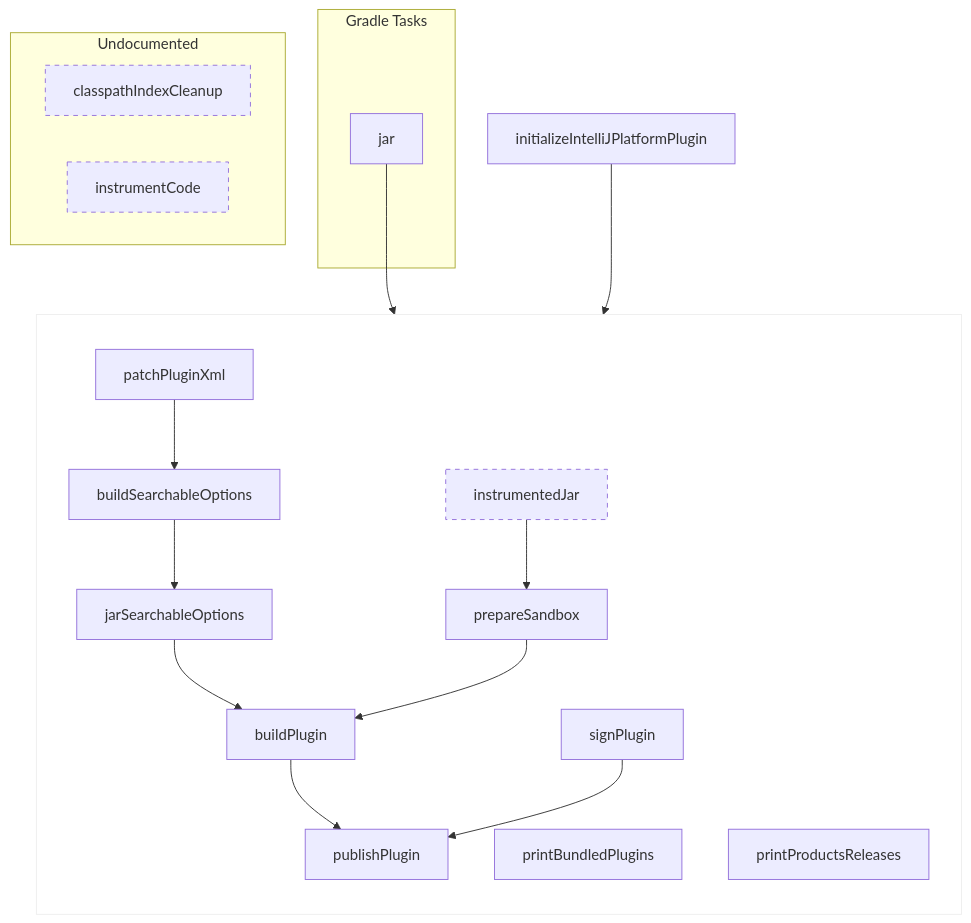
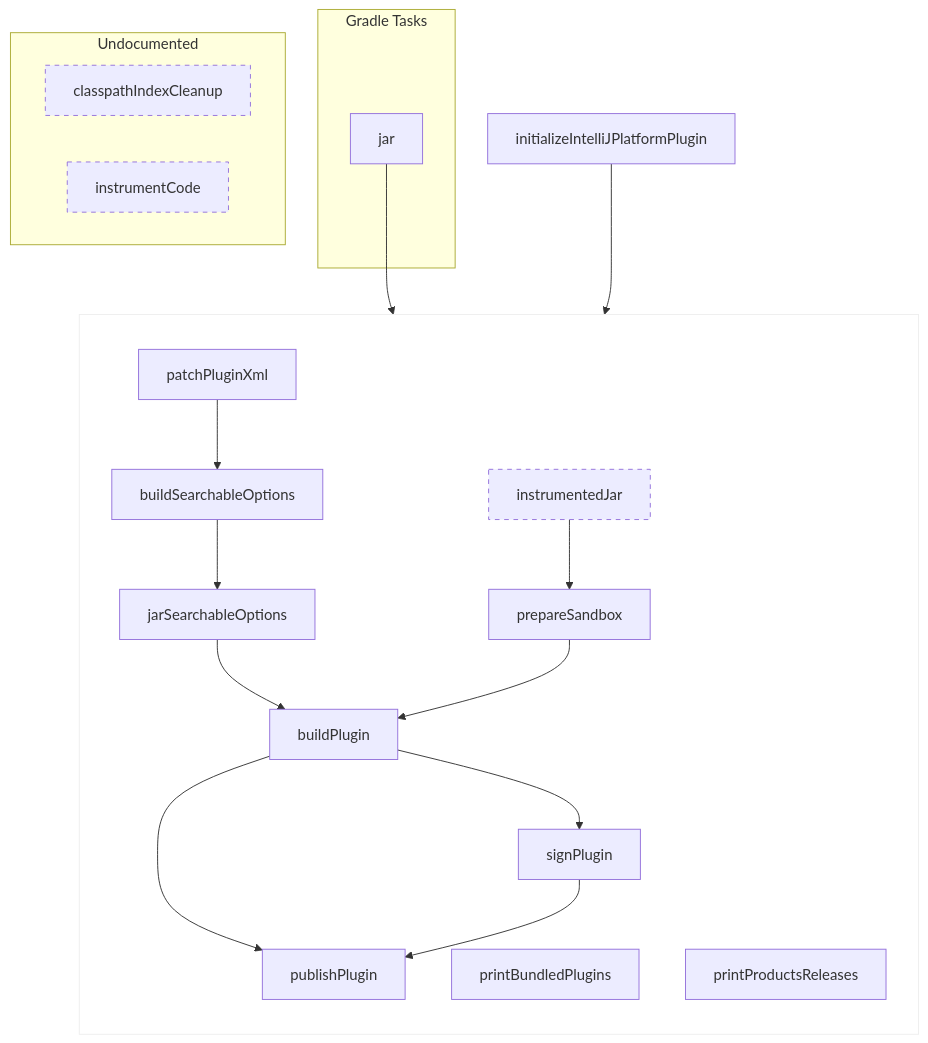
Before and after one commit to JetBrains/intellij-sdk-docs: the diagram in topics/appendix/tools/intellij_platform_gradle_plugin/tools_intellij_platform_gradle_plugin_tasks.md, drawn with Mermaid. The commit also changed other lines of this file, not shown here.

Commit message:
IntelliJ Platform Gradle Plugin: `buildPlugin` task

````diff
--- a/topics/appendix/tools/intellij_platform_gradle_plugin/tools_intellij_platform_gradle_plugin_tasks.md
+++ b/topics/appendix/tools/intellij_platform_gradle_plugin/tools_intellij_platform_gradle_plugin_tasks.md
@@ -15,53 +15,54 @@
 ```mermaid
 flowchart
     subgraph Gradle Tasks
         jar
     end
 
     subgraph ALL ["` `"]
         direction TB
 
         buildPlugin
         buildSearchableOptions
         jarSearchableOptions
         patchPluginXml
         prepareSandbox
         printBundledPlugins
         printProductsReleases
         publishPlugin
         signPlugin
 
         jarSearchableOptions & prepareSandbox --> buildPlugin
         patchPluginXml --> buildSearchableOptions
         buildSearchableOptions --> jarSearchableOptions
         jar & instrumentedJar --> prepareSandbox
         buildPlugin & signPlugin --> publishPlugin
+        buildPlugin --> signPlugin
     end
 
     initializeIntelliJPlatformPlugin --> ALL
 
     subgraph Undocumented
         classpathIndexCleanup
         instrumentCode
         instrumentedJar
     end
 
     click buildPlugin "#buildPlugin"
     click buildSearchableOptions "#buildSearchableOptions"
     click classpathIndexCleanup "#classpathIndexCleanup"
     click initializeIntelliJPlatformPlugin "#initializeIntelliJPlatformPlugin"
     click instrumentCode "#instrumentCode"
     click instrumentedJar "#instrumentedJar"
     click jarSearchableOptions "#jarSearchableOptions"
     click patchPluginXml "#patchPluginXml"
     click prepareSandbox "#prepareSandbox"
     click printBundledPlugins "#printBundledPlugins"
     click printProductsReleases "#printProductsReleases"
     click publishPlugin "#publishPlugin"
 
     style classpathIndexCleanup stroke-dasharray: 5 5
     style instrumentCode stroke-dasharray: 5 5
     style instrumentedJar stroke-dasharray: 5 5
 
     style ALL fill:transparent,stroke:#eee
 ```
````
